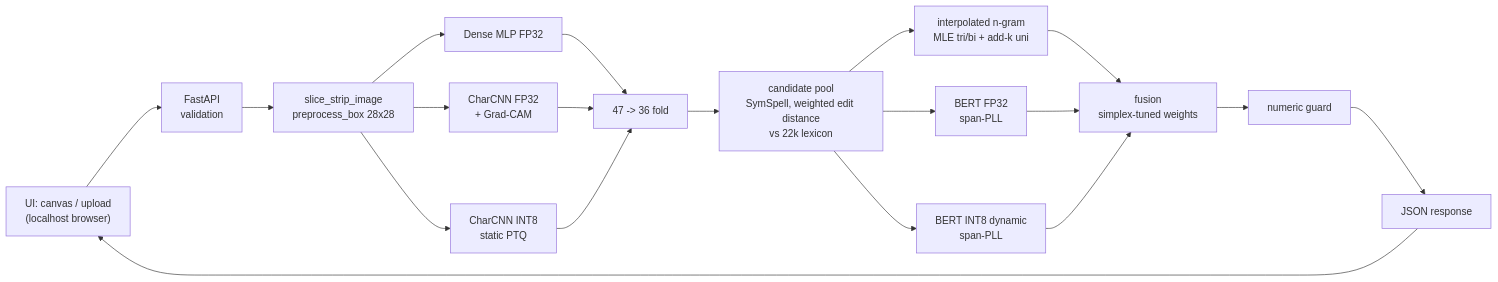
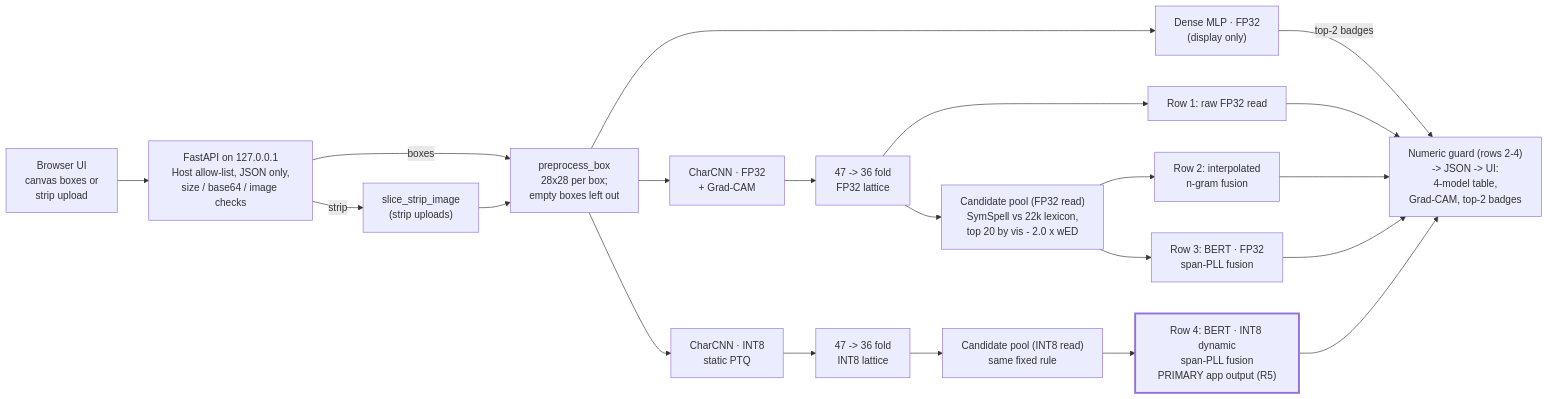
The diagram in README.md (afel6/swe015-handwritten-digitizer), drawn with Mermaid before and after one commit. The commit also changed other lines of this file and 12 other files, not shown here.

First line of the commit message:
docs(slides): implemented data-flow diagram, rubric technique map, wins and losses, author and AI usage

````diff
--- a/README.md
+++ b/README.md
@@ -61,20 +63,40 @@
 ```mermaid
 flowchart LR
-  UI["UI: canvas / upload<br/>(localhost browser)"] --> API["FastAPI<br/>validation"]
-  API --> SLICE["slice_strip_image<br/>preprocess_box 28x28"]
-  SLICE --> MLP["Dense MLP FP32"]
-  SLICE --> CNN["CharCNN FP32<br/>+ Grad-CAM"]
-  SLICE --> Q["CharCNN INT8<br/>static PTQ"]
-  MLP --> FOLD["47 -> 36 fold"]
-  CNN --> FOLD
-  Q --> FOLD
-  FOLD --> POOL["candidate pool<br/>SymSpell, weighted edit distance<br/>vs 22k lexicon"]
-  POOL --> NG["interpolated n-gram<br/>MLE tri/bi + add-k uni"]
-  POOL --> B32["BERT FP32<br/>span-PLL"]
-  POOL --> B8["BERT INT8 dynamic<br/>span-PLL"]
-  NG --> FUSE["fusion<br/>simplex-tuned weights"]
-  B32 --> FUSE
-  B8 --> FUSE
-  FUSE --> GUARD["numeric guard"]
-  GUARD --> JSON["JSON response"] --> UI
+  UI["Browser UI<br/>canvas boxes or<br/>strip upload"]
+  API["FastAPI on 127.0.0.1<br/>Host allow-list, JSON only,<br/>size / base64 / image checks"]
+  SLICE["slice_strip_image<br/>(strip uploads)"]
+  PRE["preprocess_box<br/>28x28 per box;<br/>empty boxes left out"]
+  MLP["Dense MLP · FP32<br/>(display only)"]
+  CNN32["CharCNN · FP32<br/>+ Grad-CAM"]
+  CNN8["CharCNN · INT8<br/>static PTQ"]
+  FOLD32["47 -> 36 fold<br/>FP32 lattice"]
+  FOLD8["47 -> 36 fold<br/>INT8 lattice"]
+  R1["Row 1: raw FP32 read"]
+  POOL32["Candidate pool (FP32 read)<br/>SymSpell vs 22k lexicon,<br/>top 20 by vis - 2.0 x wED"]
+  POOL8["Candidate pool (INT8 read)<br/>same fixed rule"]
+  NG["Row 2: interpolated<br/>n-gram fusion"]
+  B32["Row 3: BERT · FP32<br/>span-PLL fusion"]
+  B8["Row 4: BERT · INT8 dynamic<br/>span-PLL fusion<br/>PRIMARY app output (R5)"]
+  OUT["Numeric guard (rows 2-4)<br/>-> JSON -> UI:<br/>4-model table,<br/>Grad-CAM, top-2 badges"]
+  UI --> API
+  API -->|strip| SLICE
+  API -->|boxes| PRE
+  SLICE --> PRE
+  PRE --> MLP
+  PRE --> CNN32
+  PRE --> CNN8
+  CNN32 --> FOLD32
+  CNN8 --> FOLD8
+  FOLD32 --> R1
+  FOLD32 --> POOL32
+  FOLD8 --> POOL8
+  POOL32 --> NG
+  POOL32 --> B32
+  POOL8 --> B8
+  MLP -->|top-2 badges| OUT
+  R1 --> OUT
+  NG --> OUT
+  B32 --> OUT
+  B8 --> OUT
+  style B8 stroke-width:3px
 ```
````
